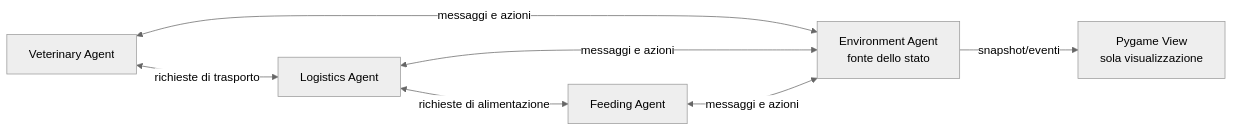
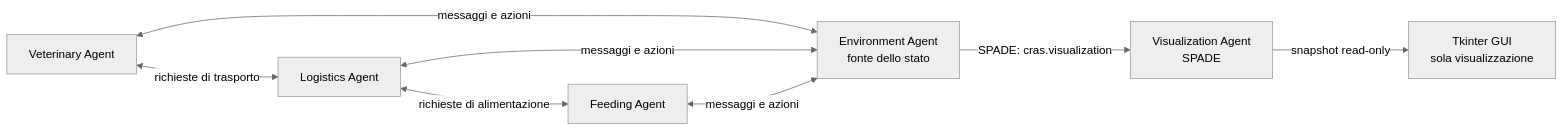
Before and after one commit to Isabibbi/tamagotchi-wild-edition: the diagram in docs/01_architettura_proposta.md, drawn with Mermaid (neutral theme). The commit also changed other lines of this file and 18 other files, not shown here.

Commit message:
Add SPADE-powered live simulation GUI

````diff
--- a/docs/01_architettura_proposta.md
+++ b/docs/01_architettura_proposta.md
@@ -22,15 +22,17 @@
 ```mermaid
 flowchart LR
     V["Veterinary Agent"]
     L["Logistics Agent"]
     F["Feeding Agent"]
     E["Environment Agent\nfonte dello stato"]
-    G["Pygame View\nsola visualizzazione"]
+    X["Visualization Agent\nSPADE"]
+    G["Tkinter GUI\nsola visualizzazione"]
 
     V <-->|"messaggi e azioni"| E
     L <-->|"messaggi e azioni"| E
     F <-->|"messaggi e azioni"| E
     V <-->|"richieste di trasporto"| L
     L <-->|"richieste di alimentazione"| F
-    E -->|"snapshot/eventi"| G
+    E -->|"SPADE: cras.visualization"| X
+    X -->|"snapshot read-only"| G
 ```
````
